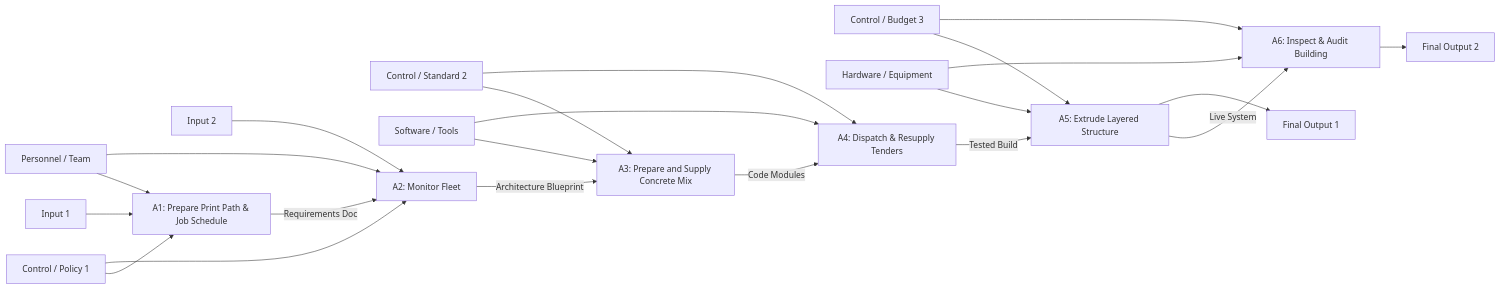
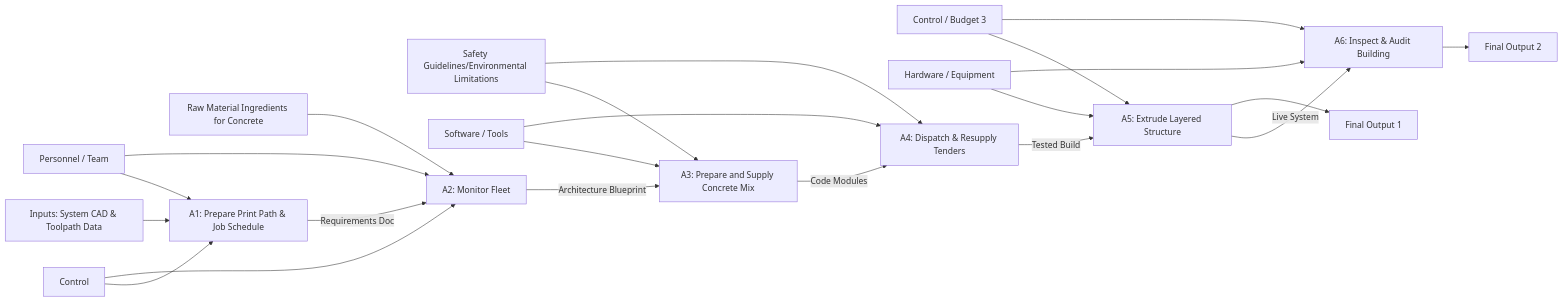
Before and after one commit to jbacenty-creator/MMET-491-IDEF0: the second of 2 diagrams in README.md, drawn with Mermaid. The commit also changed other lines of this file, not shown here.

````diff
--- a/README.md
+++ b/README.md
@@ -24,49 +24,49 @@
 ```mermaid
 flowchart LR
-    I1[Input 1]
-    I2[Input 2]
+    I1["Inputs: System CAD & Toolpath Data"]
+    I2["Raw Material Ingredients for Concrete"]
 
-    C1[Control / Policy 1]
-    C2[Control / Standard 2]
+    C1["Control"]
+    C2["Safety Guidelines/Environmental Limitations"]
     C3[Control / Budget 3]
 
     M1[Personnel / Team]
     M2[Software / Tools]
     M3[Hardware / Equipment]
 
     O1[Final Output 1]
     O2[Final Output 2]
 
     A1[A1: Prepare Print Path & Job Schedule]
     A2[A2: Monitor Fleet]
     A3[A3: Prepare and Supply Concrete Mix]
     A4[A4: Dispatch & Resupply Tenders]
     A5[A5: Extrude Layered Structure]
     A6[A6: Inspect & Audit Building]
 
     I1 --> A1
     I2 --> A2
 
     C1 --> A1
     C1 --> A2
     C2 --> A3
     C2 --> A4
     C3 --> A5
     C3 --> A6
 
     M1 --> A1
     M1 --> A2
     M2 --> A3
     M2 --> A4
     M3 --> A5
     M3 --> A6
 
     A1 -->|Requirements Doc| A2
     A2 -->|Architecture Blueprint| A3
     A3 -->|Code Modules| A4
     A4 -->|Tested Build| A5
     A5 -->|Live System| A6
 
     A5 --> O1
     A6 --> O2
 ```
````
